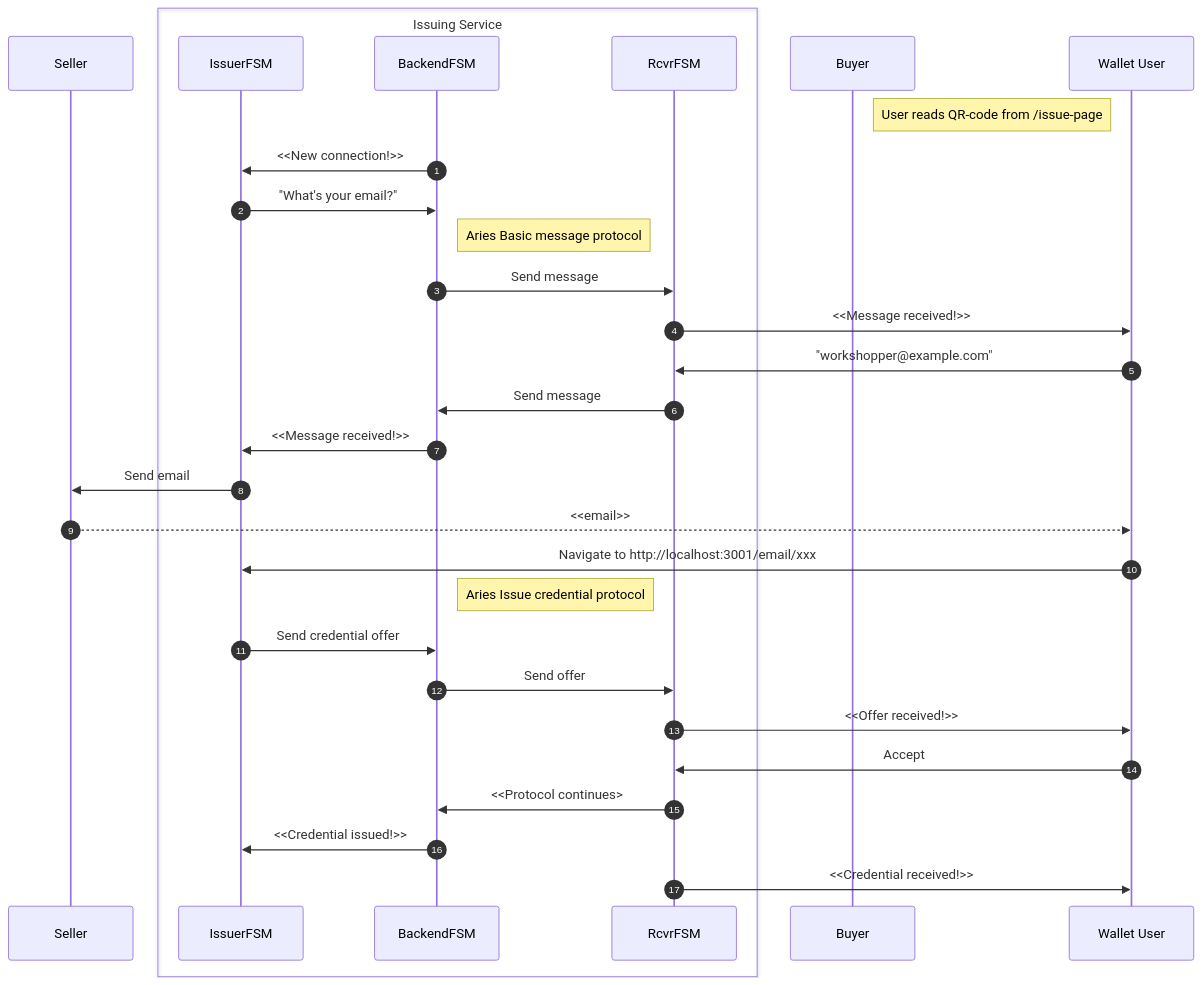
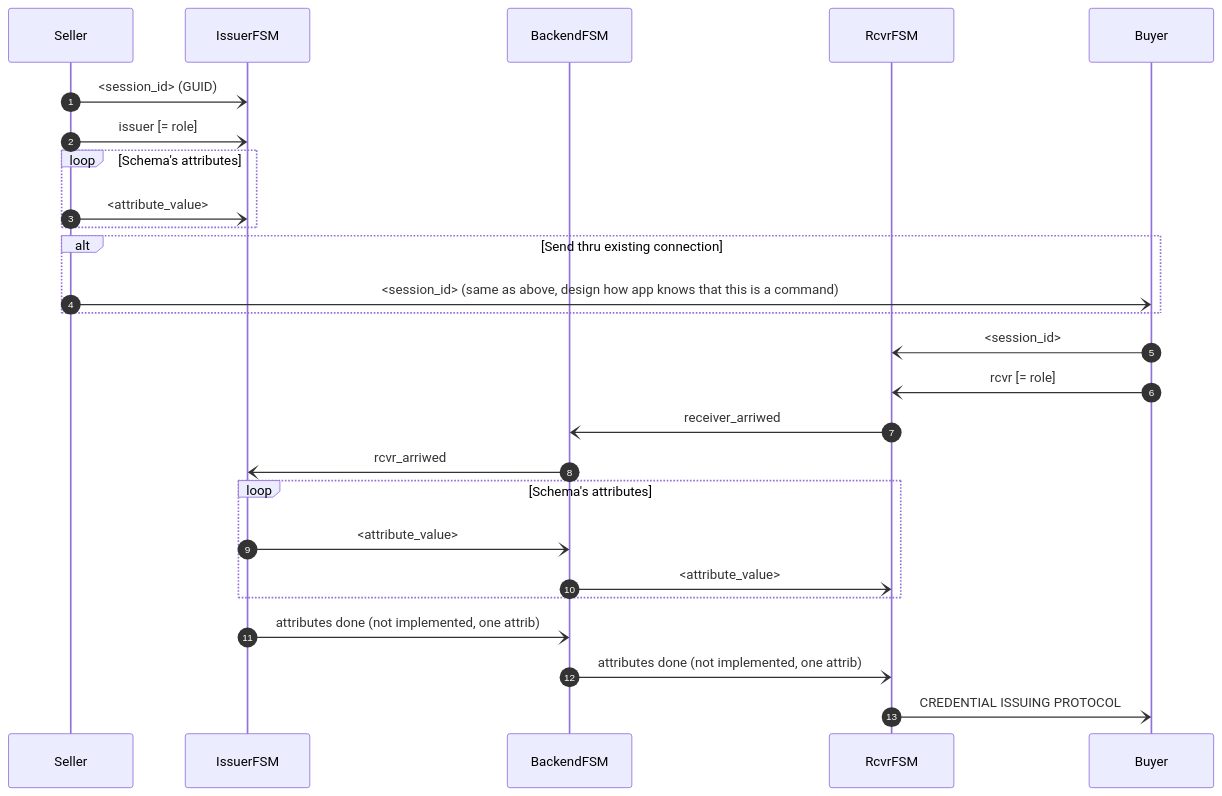
One commit to findy-network/findy-agent-cli changed the diagram in scripts/fullstack/fsm/README.md. Above: the diagram before and after it, drawn with Mermaid. The commit also changed other lines of this file, not shown here.

Commit message:
sequence

````diff
--- a/scripts/fullstack/fsm/README.md
+++ b/scripts/fullstack/fsm/README.md
@@ -110,35 +117,38 @@
 ```mermaid
 sequenceDiagram
     autonumber
 
     participant Seller
 
-    box transparent Issuing Service
+    %% box Grey Issuing Service
     participant IssuerFSM
     participant BackendFSM
     participant RcvrFSM
-    end
+    %% end
 
     participant Buyer
 
-    Note left of Wallet User: User reads QR-code from /issue-page
-    BackendFSM->>IssuerFSM: <<New connection!>>
-    IssuerFSM->>BackendFSM: "What's your email?"
-    Note right of BackendFSM: Aries Basic message protocol
-    BackendFSM->>RcvrFSM: Send message
-    RcvrFSM->>Wallet User: <<Message received!>>
-    Wallet User->>RcvrFSM: "workshopper@example.com"
-    RcvrFSM->>BackendFSM: Send message
-    BackendFSM->>IssuerFSM: <<Message received!>>
-    IssuerFSM->>Seller: Send email
-    Seller-->>Wallet User: <<email>>
-    Wallet User->>IssuerFSM: Navigate to http://localhost:3001/email/xxx
-    Note right of BackendFSM: Aries Issue credential protocol
-    IssuerFSM->>BackendFSM: Send credential offer
-    BackendFSM->>RcvrFSM: Send offer
-    RcvrFSM->>Wallet User: <<Offer received!>>
-    Wallet User->>RcvrFSM: Accept
-    RcvrFSM->>BackendFSM: <<Protocol continues>
-    BackendFSM->>IssuerFSM: <<Credential issued!>>
-    RcvrFSM->>Wallet User: <<Credential received!>>
+    Seller -) IssuerFSM: <session_id> (GUID)
+    Seller -) IssuerFSM: issuer [= role]
+    loop Schema's attributes
+    Seller -) IssuerFSM: <attribute_value>
+    end
+
+    alt Send thru existing connection 
+    Seller -) Buyer: <session_id> (same as above, design how app knows that this is a command)
+    end
+
+    Buyer -) RcvrFSM: <session_id>
+    Buyer -) RcvrFSM: rcvr [= role]
+
+    RcvrFSM -) BackendFSM: receiver_arriwed
+    BackendFSM -) IssuerFSM: rcvr_arriwed
+    loop Schema's attributes
+    IssuerFSM -) BackendFSM: <attribute_value>
+    BackendFSM -) RcvrFSM: <attribute_value>
+    end
+    IssuerFSM -) BackendFSM: attributes done (not implemented, one attrib)
+    BackendFSM -) RcvrFSM: attributes done (not implemented, one attrib)
+
+    RcvrFSM -) Buyer: CREDENTIAL ISSUING PROTOCOL
 ```
````
